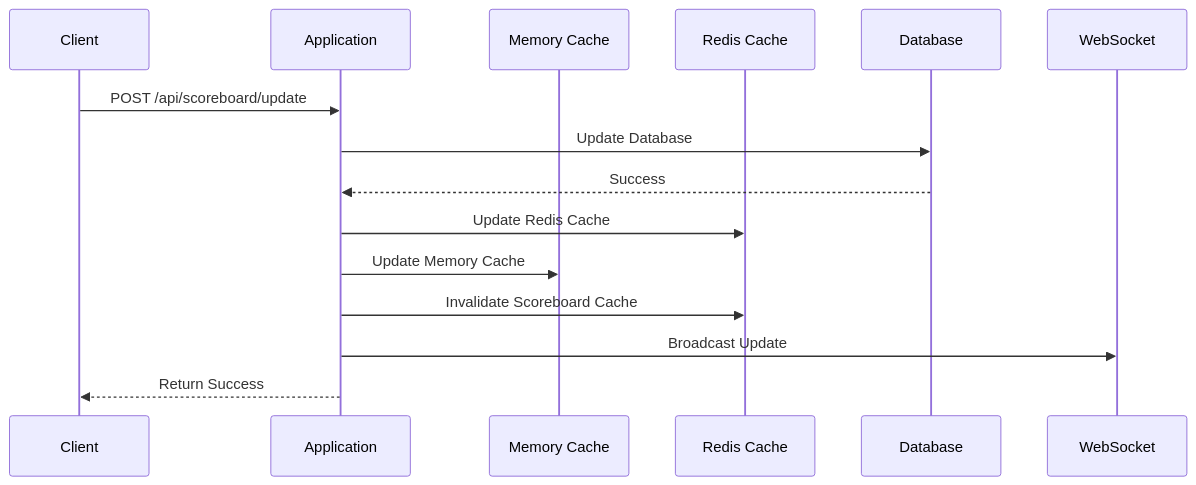
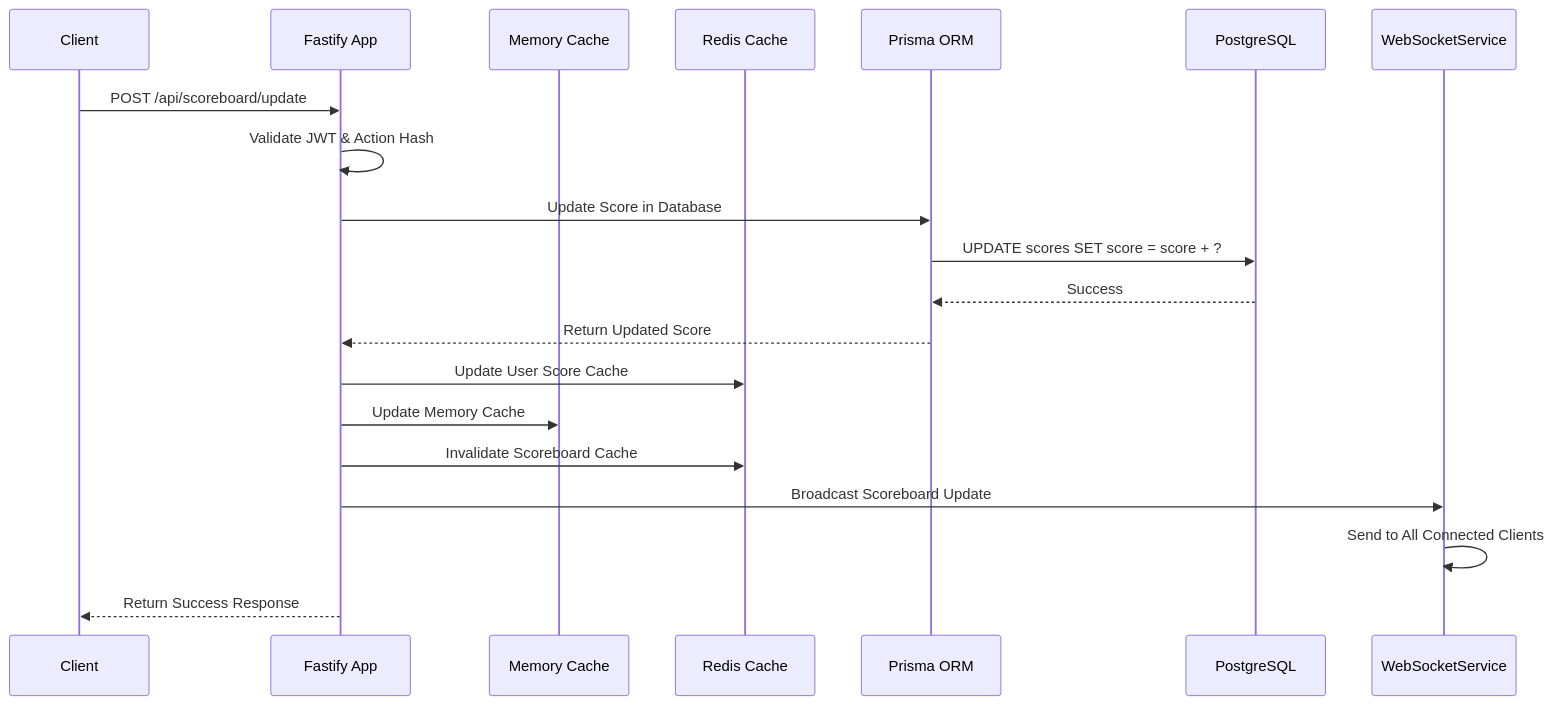
Before and after one commit to hashcott/code-challenge: the sixth of 22 diagrams in src/problem6/docs/FLOW_DIAGRAM.md, drawn with Mermaid. The commit also changed other lines of this file, not shown here.

Commit message:
docs: flow diagram

````diff
--- a/src/problem6/docs/FLOW_DIAGRAM.md
+++ b/src/problem6/docs/FLOW_DIAGRAM.md
@@ -136,18 +138,23 @@
 ```mermaid
 sequenceDiagram
     participant C as Client
-    participant A as Application
+    participant A as Fastify App
     participant M as Memory Cache
     participant R as Redis Cache
-    participant D as Database
-    participant W as WebSocket
+    participant P as Prisma ORM
+    participant D as PostgreSQL
+    participant W as WebSocketService
     
     C->>A: POST /api/scoreboard/update
-    A->>D: Update Database
-    D-->>A: Success
-    A->>R: Update Redis Cache
+    A->>A: Validate JWT & Action Hash
+    A->>P: Update Score in Database
+    P->>D: UPDATE scores SET score = score + ?
+    D-->>P: Success
+    P-->>A: Return Updated Score
+    A->>R: Update User Score Cache
     A->>M: Update Memory Cache
     A->>R: Invalidate Scoreboard Cache
-    A->>W: Broadcast Update
-    A-->>C: Return Success
+    A->>W: Broadcast Scoreboard Update
+    W->>W: Send to All Connected Clients
+    A-->>C: Return Success Response
 ```
````
